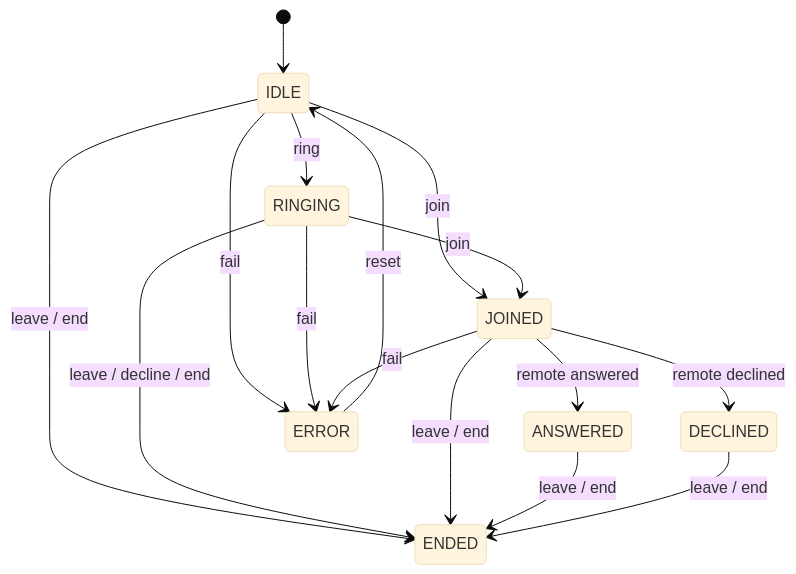
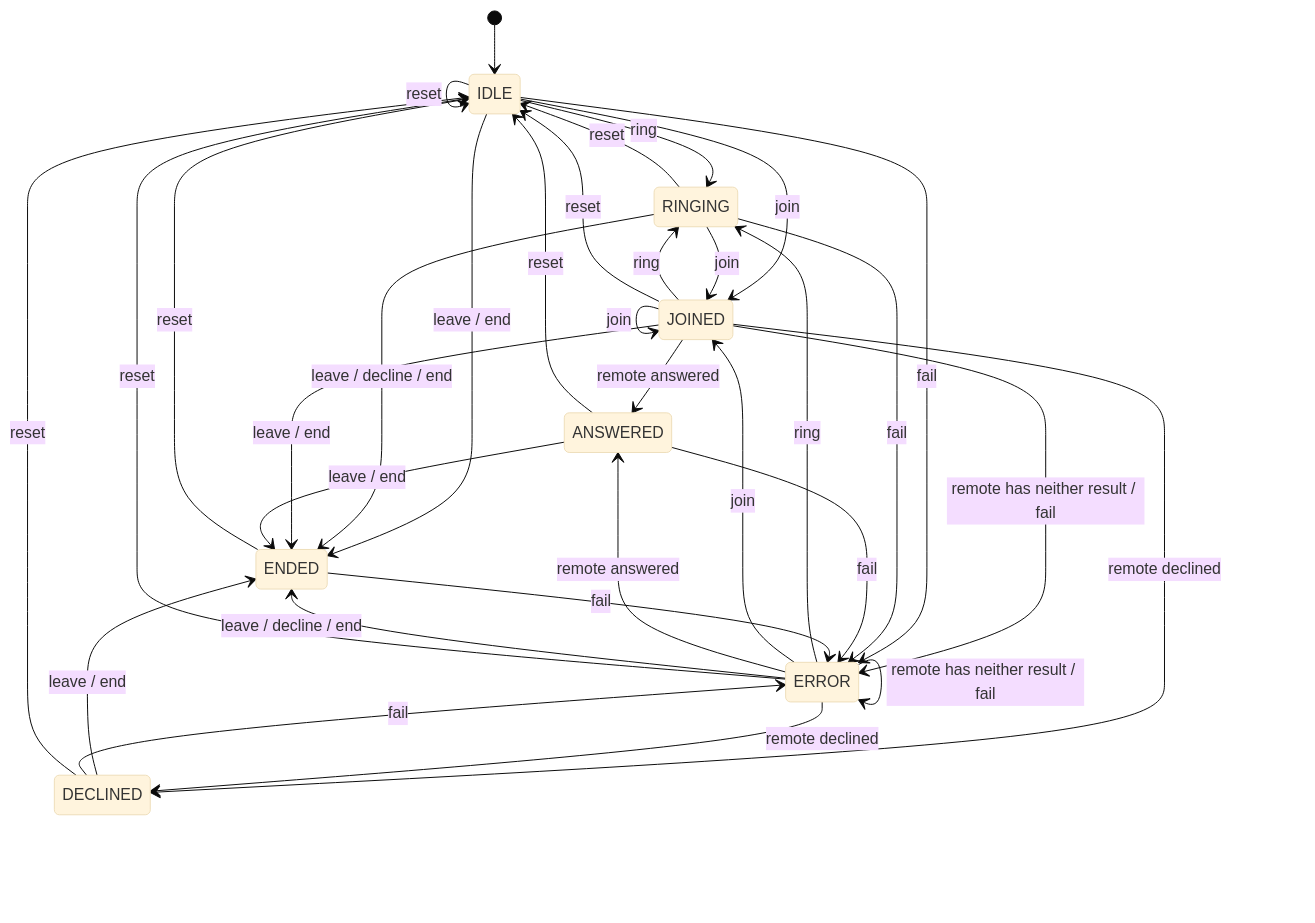
One commit to webex/webex-js-sdk changed the fifth of 5 diagrams in packages/@webex/plugin-meetings/src/meeting/ai-docs/meeting-spec.md. Above: the diagram before and after it, drawn with Mermaid (base theme). The commit also changed other lines of this file and 24 other files, not shown here.

````diff
--- a/packages/@webex/plugin-meetings/src/meeting/ai-docs/meeting-spec.md
+++ b/packages/@webex/plugin-meetings/src/meeting/ai-docs/meeting-spec.md
@@ -222,18 +306,35 @@
 ```mermaid
 stateDiagram-v2
   [*] --> IDLE
   IDLE --> RINGING: ring
+  ERROR --> RINGING: ring
+  JOINED --> RINGING: ring
   IDLE --> JOINED: join
   RINGING --> JOINED: join
+  ERROR --> JOINED: join
+  JOINED --> JOINED: join
   JOINED --> ANSWERED: remote answered
   JOINED --> DECLINED: remote declined
+  JOINED --> ERROR: remote has neither result / fail
+  ERROR --> ANSWERED: remote answered
+  ERROR --> DECLINED: remote declined
+  ERROR --> ERROR: remote has neither result / fail
   IDLE --> ENDED: leave / end
   RINGING --> ENDED: leave / decline / end
   JOINED --> ENDED: leave / end
   ANSWERED --> ENDED: leave / end
   DECLINED --> ENDED: leave / end
+  ERROR --> ENDED: leave / decline / end
   IDLE --> ERROR: fail
   RINGING --> ERROR: fail
-  JOINED --> ERROR: fail
+  ANSWERED --> ERROR: fail
+  DECLINED --> ERROR: fail
+  ENDED --> ERROR: fail
+  IDLE --> IDLE: reset
+  RINGING --> IDLE: reset
+  JOINED --> IDLE: reset
+  ANSWERED --> IDLE: reset
+  DECLINED --> IDLE: reset
+  ENDED --> IDLE: reset
   ERROR --> IDLE: reset
 ```
````
